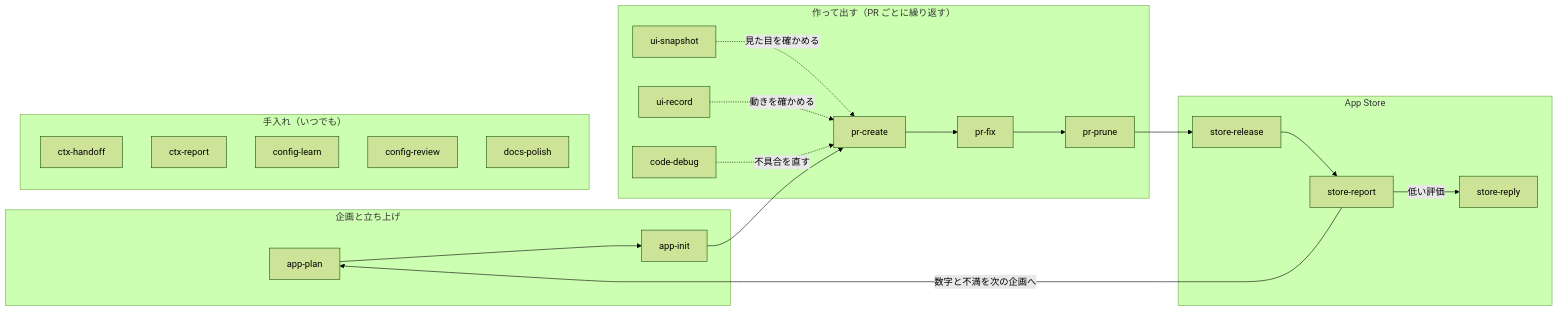
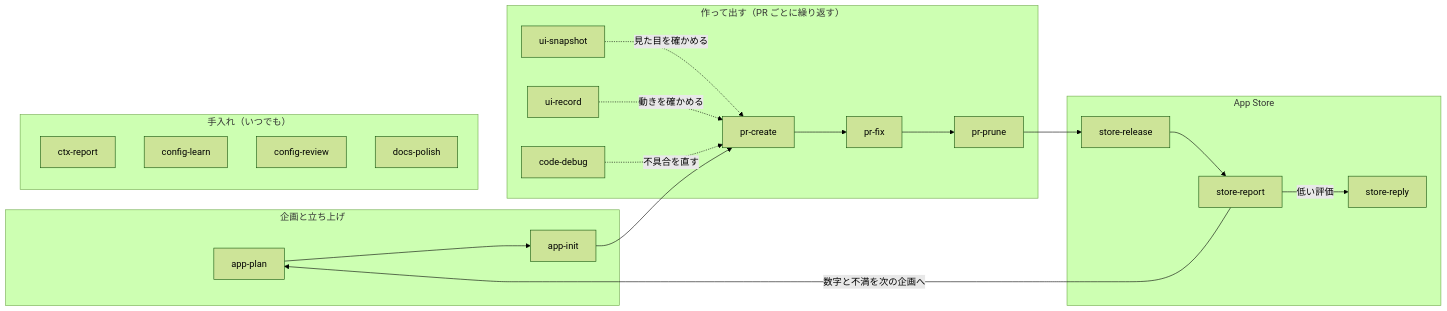
Before and after one commit to yossibank/claude-config: the diagram in docs/skills.md, drawn with Mermaid (forest theme). The commit also changed other lines of this file and 4 other files, not shown here.

First line of the commit message:
feat: drop the ctx-handoff skill in favor of the handoff mod (#147)

````diff
--- a/docs/skills.md
+++ b/docs/skills.md
@@ -13,27 +13,26 @@
 ```mermaid
 flowchart LR
     subgraph plan["企画と立ち上げ"]
         appPlan["app-plan"] --> appInit["app-init"]
     end
     subgraph build["作って出す（PR ごとに繰り返す）"]
         uiSnapshot["ui-snapshot"] -.->|見た目を確かめる| prCreate["pr-create"]
         uiRecord["ui-record"] -.->|動きを確かめる| prCreate
         codeDebug["code-debug"] -.->|不具合を直す| prCreate
         prCreate --> prFix["pr-fix"]
         prFix --> prPrune["pr-prune"]
     end
     subgraph store["App Store"]
         storeRelease["store-release"] --> storeReport["store-report"]
         storeReport -->|低い評価| storeReply["store-reply"]
     end
     subgraph care["手入れ（いつでも）"]
-        ctxHandoff["ctx-handoff"]
         ctxReport["ctx-report"]
         configLearn["config-learn"]
         configReview["config-review"]
         docsPolish["docs-polish"]
     end
     appInit --> prCreate
     prPrune --> storeRelease
     storeReport -->|数字と不満を次の企画へ| appPlan
 ```
````
